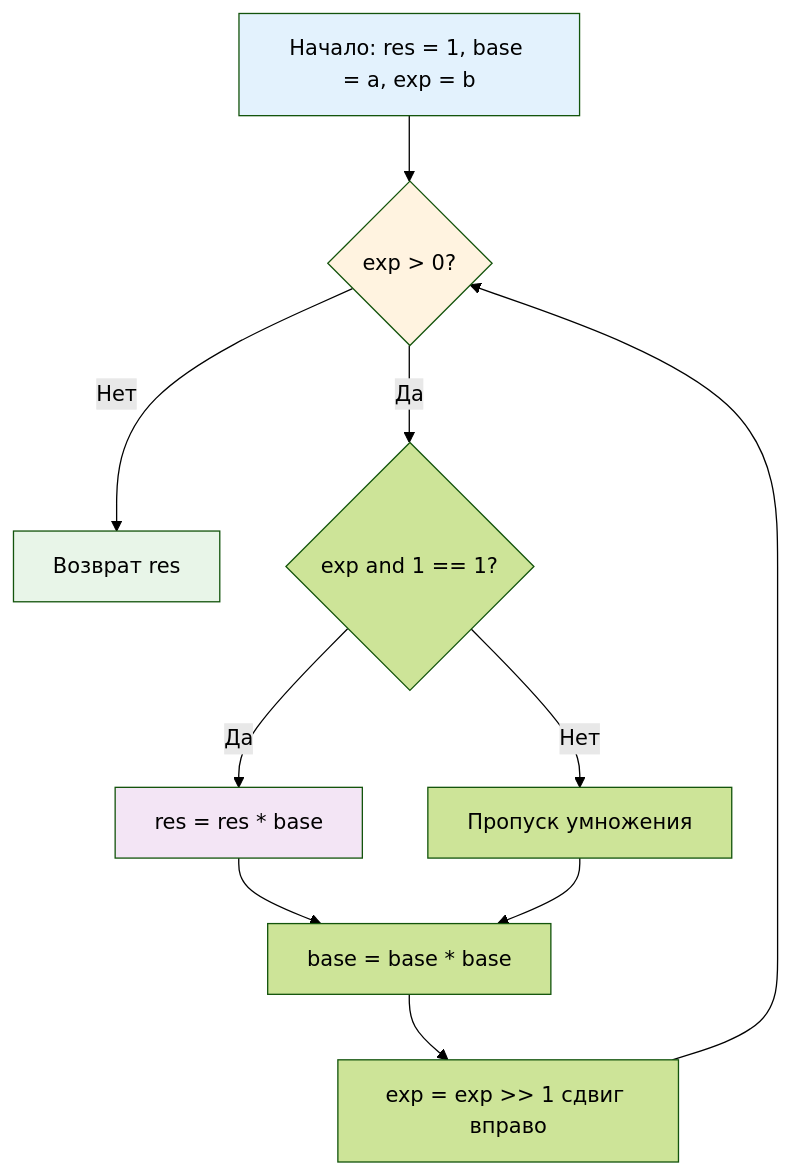
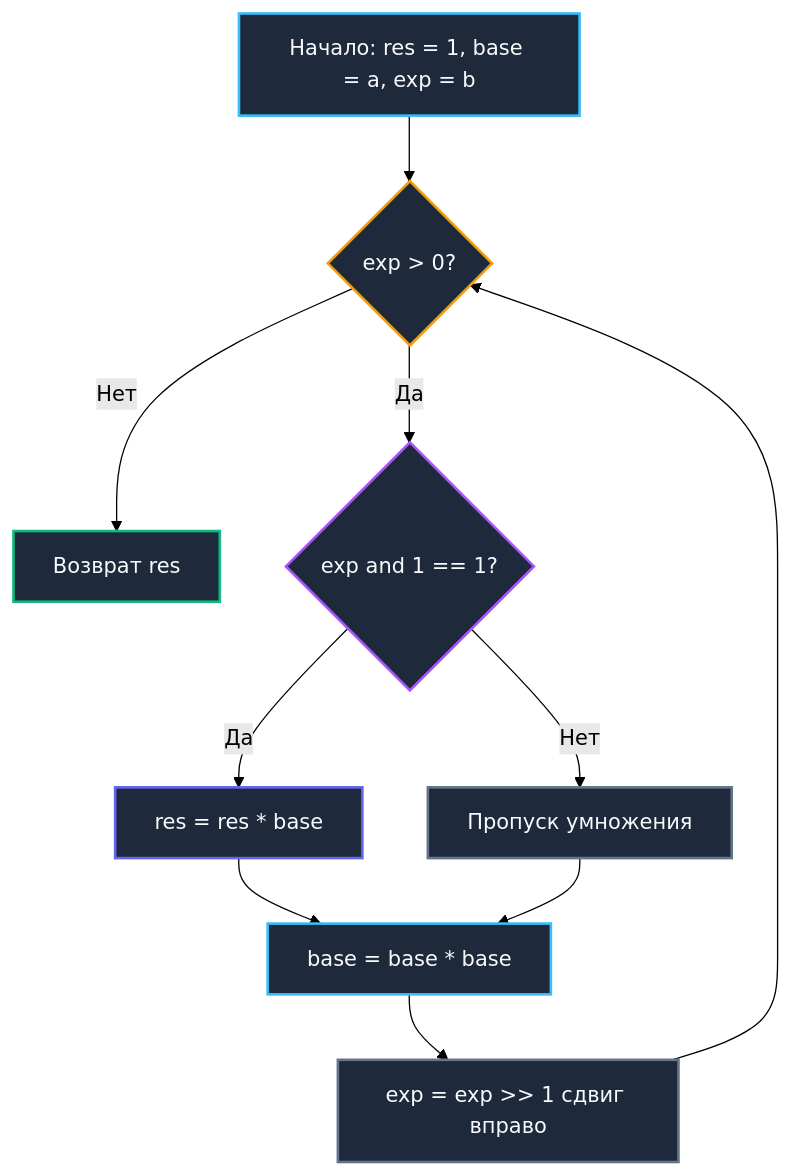
The diagram in sources/20. Алгоритмы и структуры данных (DSA) на Go/13. Численные и битовые алгоритмы/3. Быстрое возведение в степень.md (UnrealTemplier/go-textbook), drawn with Mermaid (forest theme) before and after one commit. The commit also changed other lines of this file, not shown here.

````diff
--- a/sources/20. Алгоритмы и структуры данных (DSA) на Go/13. Численные и битовые алгоритмы/3. Быстрое возведение в степень.md
+++ b/sources/20. Алгоритмы и структуры данных (DSA) на Go/13. Численные и битовые алгоритмы/3. Быстрое возведение в степень.md
@@ -26,17 +30,21 @@
 ```mermaid
 flowchart TD
     Start["Начало: res = 1, base = a, exp = b"] --> Check{"exp > 0?"}
     Check -->|Нет| End["Возврат res"]
     Check -->|Да| BitTest{"exp and 1 == 1?"}
     BitTest -->|Да| Mult["res = res * base"]
     BitTest -->|Нет| Skip["Пропуск умножения"]
     Mult --> Square
     Skip --> Square
     Square["base = base * base"] --> Shift["exp = exp >> 1 сдвиг вправо"]
     Shift --> Check
 
-    style Start fill:#e3f2fd
-    style Check fill:#fff3e0
-    style End fill:#e8f5e8
-    style Mult fill:#f3e5f5
+    style Start fill:#1e293b,stroke:#38bdf8,stroke-width:2px,color:#f8fafc
+    style Check fill:#1e293b,stroke:#f59e0b,stroke-width:2px,color:#f8fafc
+    style End fill:#1e293b,stroke:#10b981,stroke-width:2px,color:#f8fafc
+    style BitTest fill:#1e293b,stroke:#a855f7,stroke-width:2px,color:#f8fafc
+    style Mult fill:#1e293b,stroke:#6366f1,stroke-width:2px,color:#f8fafc
+    style Skip fill:#1e293b,stroke:#64748b,stroke-width:2px,color:#f8fafc
+    style Square fill:#1e293b,stroke:#38bdf8,stroke-width:2px,color:#f8fafc
+    style Shift fill:#1e293b,stroke:#64748b,stroke-width:2px,color:#f8fafc
 ```
````
